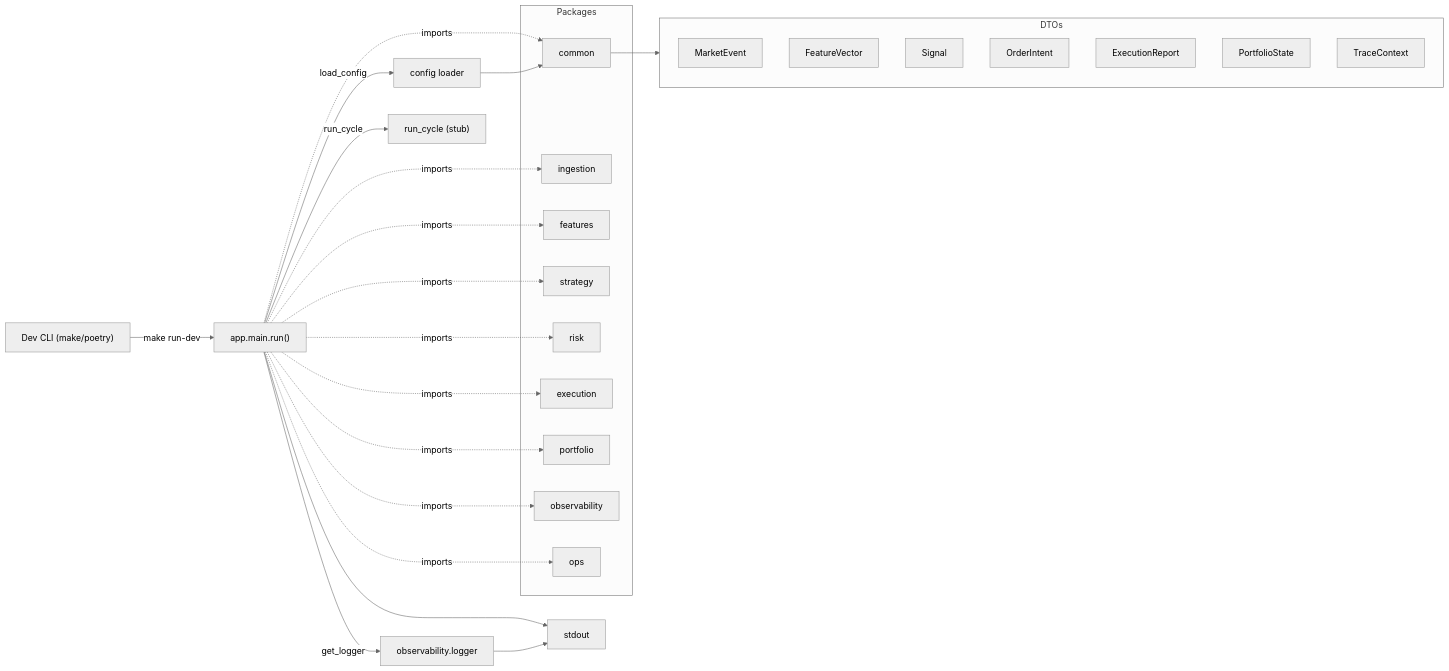
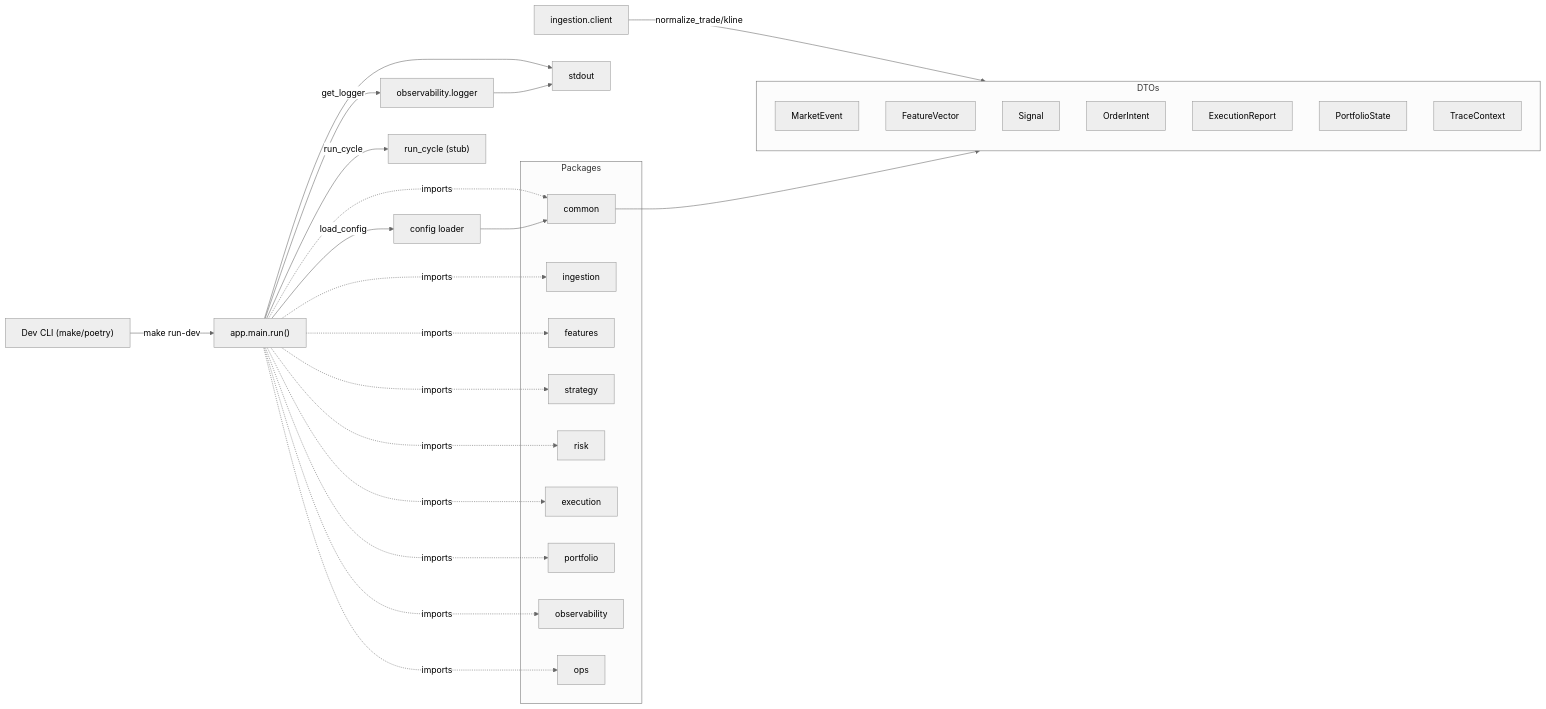
Before and after one commit to oscarlgarcia/MyTraderSystem: the first of 3 diagrams in docs/architecture.md, drawn with Mermaid (neutral theme). The commit also changed other lines of this file and 9 other files, not shown here.

````diff
--- a/docs/architecture.md
+++ b/docs/architecture.md
@@ -3,50 +3,52 @@
 ```mermaid
 flowchart LR
   Dev["Dev CLI (make/poetry)"]
   Main["app.main.run()"]
   Config["config loader"]
   Logger["observability.logger"]
   Stdout["stdout"]
   Pipeline["run_cycle (stub)"]
+  Ingest["ingestion.client"]
 
   Dev -->|"make run-dev"| Main --> Stdout
   Main -->|"load_config"| Config
   Main -->|"get_logger"| Logger
   Main -->|"run_cycle"| Pipeline
+  Ingest -->|normalize_trade/kline| DTOs
 
 subgraph Packages
   common
   ingestion
   features
   strategy
   risk
   execution
   portfolio
   observability
   ops
 end
 
 Main -. imports .-> common
 Main -. imports .-> ingestion
 Main -. imports .-> features
 Main -. imports .-> strategy
 Main -. imports .-> risk
 Main -. imports .-> execution
 Main -. imports .-> portfolio
 Main -. imports .-> observability
 Main -. imports .-> ops
 
 subgraph DTOs
   MarketEvent
   FeatureVector
   Signal
   OrderIntent
   ExecutionReport
   PortfolioState
   TraceContext
 end
 
 common --> DTOs
 Config --> common
 Logger --> Stdout
 ```
````
